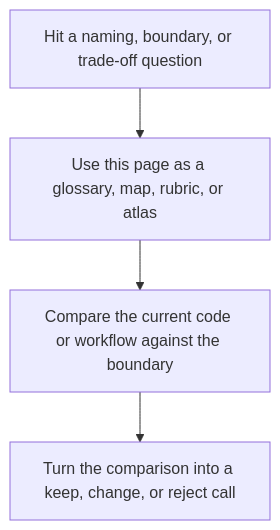
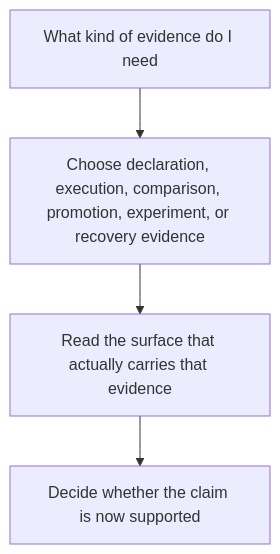
One commit to bijux/bijux-masterclass changed the second of 2 diagrams in programs/reproducible-research/deep-dive-dvc/course-book/reference/evidence-boundary-guide.md. Above: the diagram before and after it, drawn with Mermaid. The commit also changed other lines of this file, not shown here.

Commit message:
docs(reference): sharpen deep-dive-dvc evidence boundaries

````diff
--- a/programs/reproducible-research/deep-dive-dvc/course-book/reference/evidence-boundary-guide.md
+++ b/programs/reproducible-research/deep-dive-dvc/course-book/reference/evidence-boundary-guide.md
@@ -17,6 +16,6 @@
 ```mermaid
 flowchart TD
-  trigger["Hit a naming, boundary, or trade-off question"] --> lookup["Use this page as a glossary, map, rubric, or atlas"]
-  lookup --> compare["Compare the current code or workflow against the boundary"]
-  compare --> decision["Turn the comparison into a keep, change, or reject call"]
+  question["What kind of evidence do I need"] --> type["Choose declaration, execution, comparison, promotion, experiment, or recovery evidence"]
+  type --> inspect["Read the surface that actually carries that evidence"]
+  inspect --> decision["Decide whether the claim is now supported"]
 ```
````
